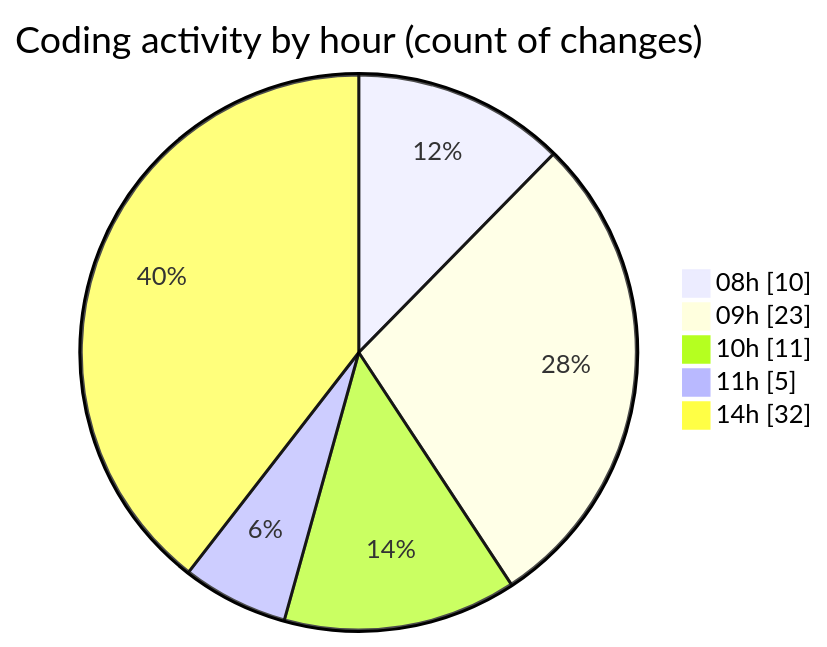
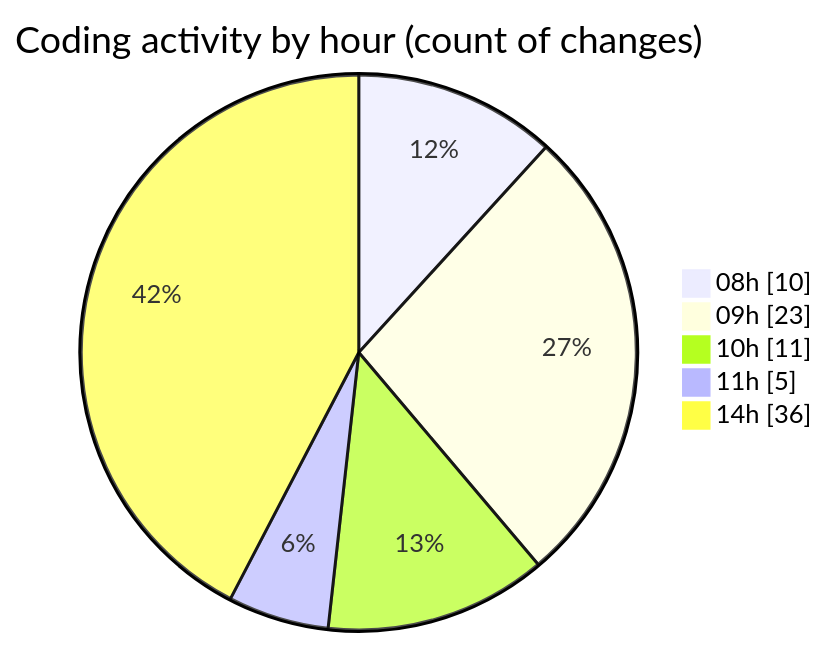
The second of 2 diagrams in 2025-01-07/nueva_carpeta/README.md (LanceThiago/code-tracking), drawn with Mermaid before and after one commit. The commit also changed other lines of this file and 1 other file, not shown here.

````diff
--- a/2025-01-07/nueva_carpeta/README.md
+++ b/2025-01-07/nueva_carpeta/README.md
@@ -28,9 +28,9 @@
 ```mermaid
 pie showData
 title Coding activity by hour (count of changes)
 "08h" : 10
 "09h" : 23
 "10h" : 11
 "11h" : 5
-"14h" : 32
+"14h" : 36
 ```
````
